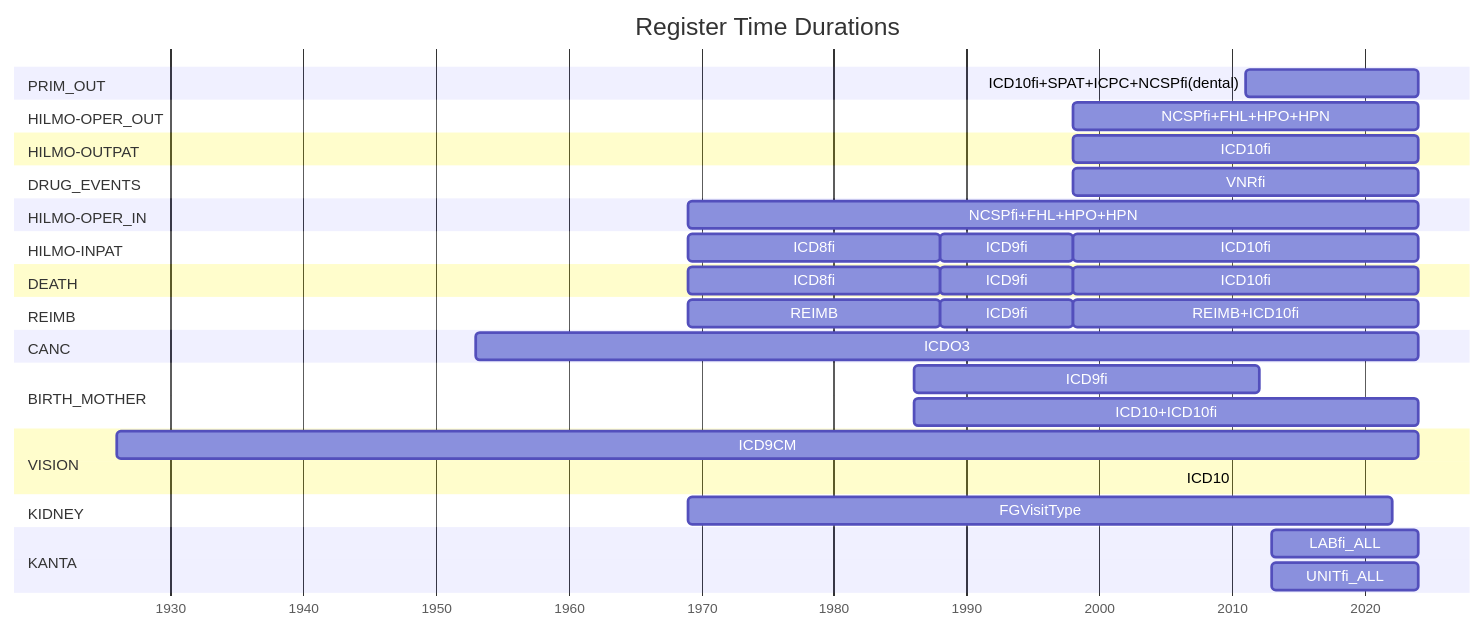
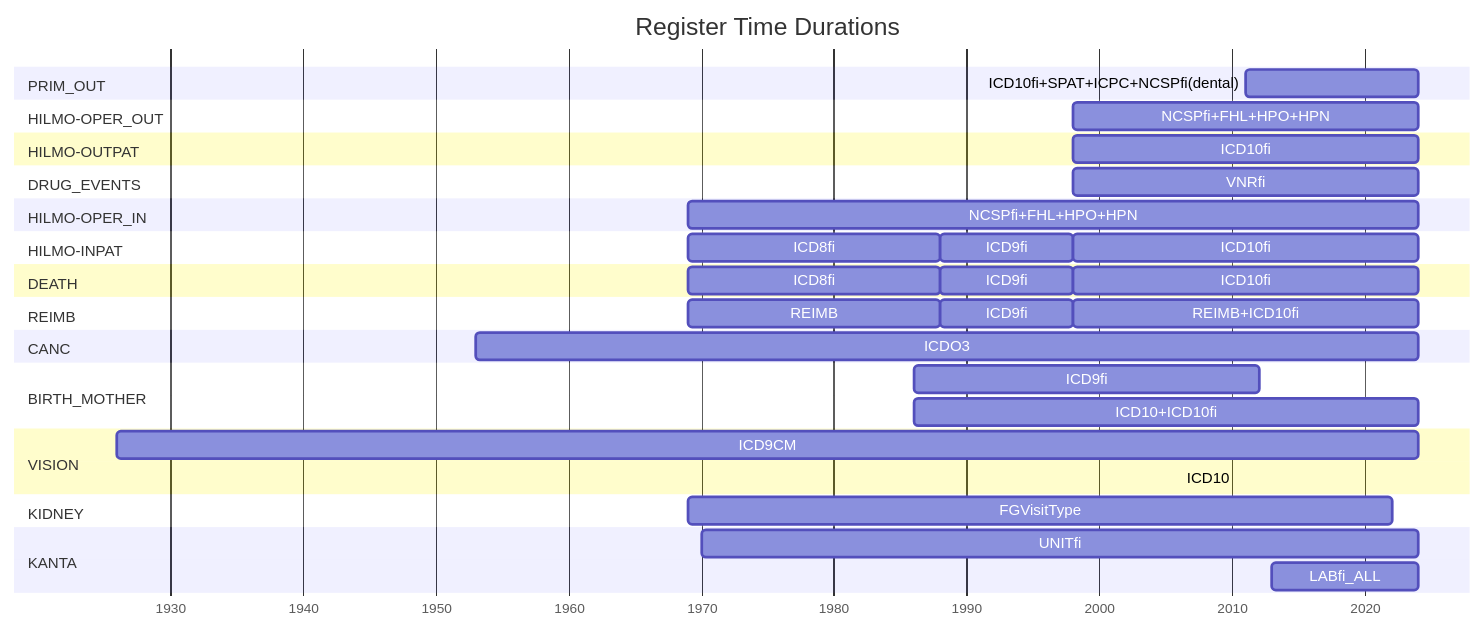
One commit to FINNGEN/ETL changed the diagram in 2_etl_specifications/documentation/appendix_registers_time_duration.md. Above: the diagram before and after it, drawn with Mermaid. The commit also changed 19 other files, not shown here.

````diff
--- a/2_etl_specifications/documentation/appendix_registers_time_duration.md
+++ b/2_etl_specifications/documentation/appendix_registers_time_duration.md
@@ -14,57 +14,57 @@
 ```mermaid 
 ---
 displayMode: compact
 ---
 gantt
     title Register Time Durations
     dateFormat YYYY
     axisFormat %Y
 
     section PRIM_OUT
     ICD10fi+SPAT+ICPC+NCSPfi(dental)       : 2011, 2024
 
     section HILMO-OPER_OUT
     NCSPfi+FHL+HPO+HPN         : 1998, 2024
 
     section HILMO-OUTPAT
     ICD10fi         : 1998, 2024
 
     section DRUG_EVENTS
     VNRfi         : 1998, 2024
 
     section HILMO-OPER_IN
     NCSPfi+FHL+HPO+HPN         : 1969, 2024
 
     section HILMO-INPAT
     ICD8fi         : 1969, 1988
     ICD9fi         : 1988, 1998
     ICD10fi        : 1998, 2024
 
     section DEATH
     ICD8fi         : 1969, 1988
     ICD9fi         : 1988, 1998
     ICD10fi        : 1998, 2024
 
     section REIMB
     REIMB         : 1969, 1988
     ICD9fi   : 1988, 1998
     REIMB+ICD10fi  : 1998, 2024
 
     section CANC
     ICDO3            : 1953, 2024
     
     section BIRTH_MOTHER
     ICD9fi           : 1986, 2012
     ICD10+ICD10fi            : 1986, 2024
     
     section VISION
     ICD9CM            : 1926, 2024
     ICD10           : 2006, 2006
 
     section KIDNEY
     FGVisitType            : 1969, 2022
 
     section KANTA
     LABfi_ALL            : 2013, 2024
-    UNITfi_ALL            : 2013, 2024
+    UNITfi            : 1970, 2024
 ```
````
